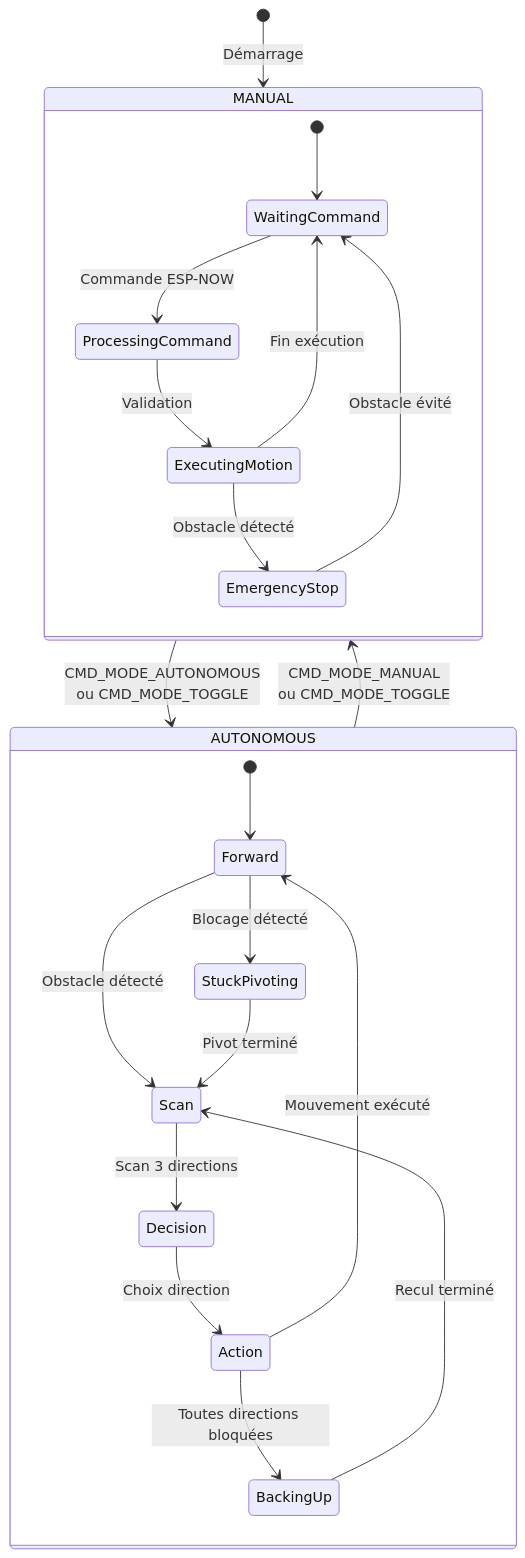
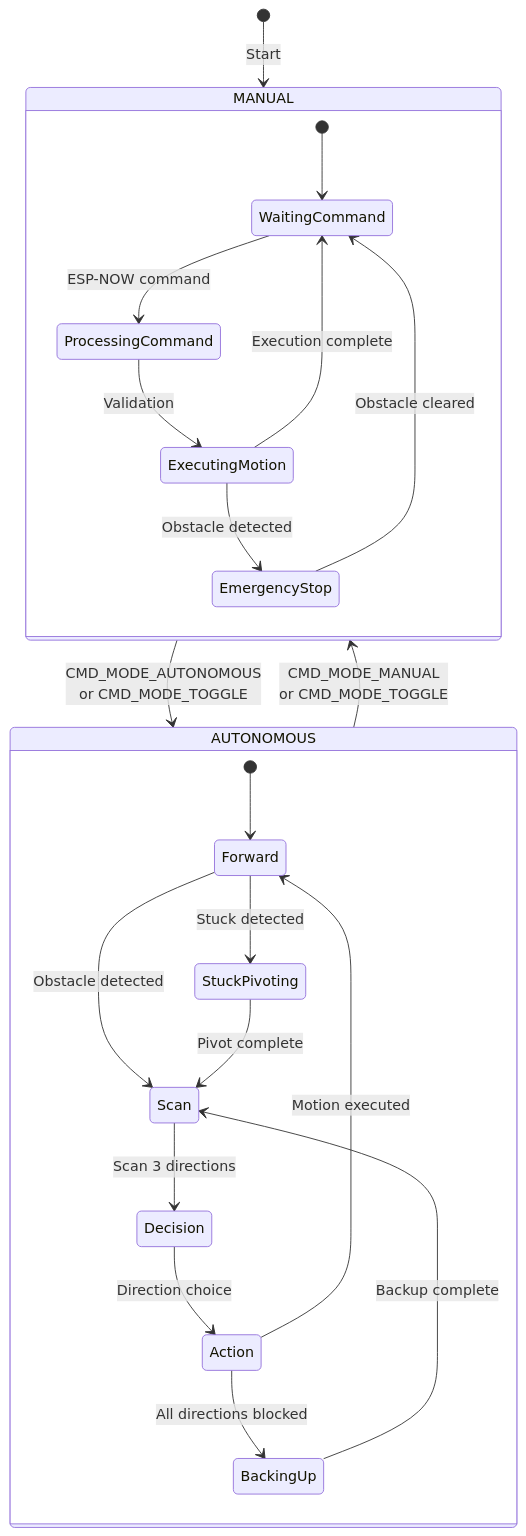
Before and after one commit to Yaniv23/final-project-gesture-car: the fourth of 17 diagrams in docs/architecture.md, drawn with Mermaid. The commit also changed other lines of this file and 16 other files, not shown here.

````diff
--- a/docs/architecture.md
+++ b/docs/architecture.md
@@ -209,28 +195,28 @@
 ```mermaid
 stateDiagram-v2
-    [*] --> MANUAL: Démarrage
+    [*] --> MANUAL: Start
     
-    MANUAL --> AUTONOMOUS: CMD_MODE_AUTONOMOUS<br/>ou CMD_MODE_TOGGLE
-    AUTONOMOUS --> MANUAL: CMD_MODE_MANUAL<br/>ou CMD_MODE_TOGGLE
+    MANUAL --> AUTONOMOUS: CMD_MODE_AUTONOMOUS<br/>or CMD_MODE_TOGGLE
+    AUTONOMOUS --> MANUAL: CMD_MODE_MANUAL<br/>or CMD_MODE_TOGGLE
     
     state MANUAL {
         [*] --> WaitingCommand
-        WaitingCommand --> ProcessingCommand: Commande ESP-NOW
+        WaitingCommand --> ProcessingCommand: ESP-NOW command
         ProcessingCommand --> ExecutingMotion: Validation
-        ExecutingMotion --> WaitingCommand: Fin exécution
-        ExecutingMotion --> EmergencyStop: Obstacle détecté
-        EmergencyStop --> WaitingCommand: Obstacle évité
+        ExecutingMotion --> WaitingCommand: Execution complete
+        ExecutingMotion --> EmergencyStop: Obstacle detected
+        EmergencyStop --> WaitingCommand: Obstacle cleared
     }
     
     state AUTONOMOUS {
         [*] --> Forward
-        Forward --> Scan: Obstacle détecté
+        Forward --> Scan: Obstacle detected
         Scan --> Decision: Scan 3 directions
-        Decision --> Action: Choix direction
-        Action --> Forward: Mouvement exécuté
-        Action --> BackingUp: Toutes directions bloquées
-        BackingUp --> Scan: Recul terminé
-        Forward --> StuckPivoting: Blocage détecté
-        StuckPivoting --> Scan: Pivot terminé
+        Decision --> Action: Direction choice
+        Action --> Forward: Motion executed
+        Action --> BackingUp: All directions blocked
+        BackingUp --> Scan: Backup complete
+        Forward --> StuckPivoting: Stuck detected
+        StuckPivoting --> Scan: Pivot complete
     }
 ```
````
